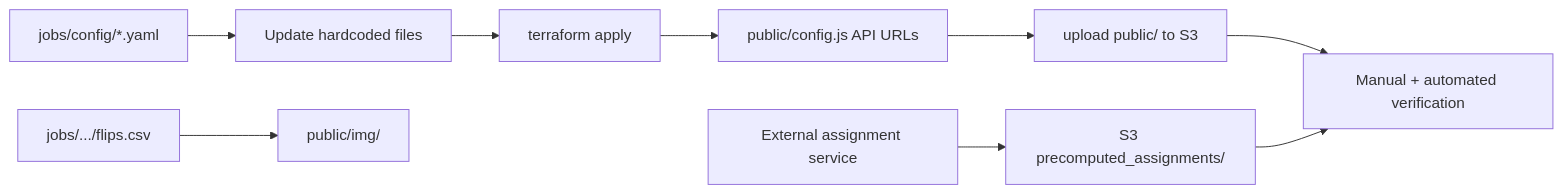
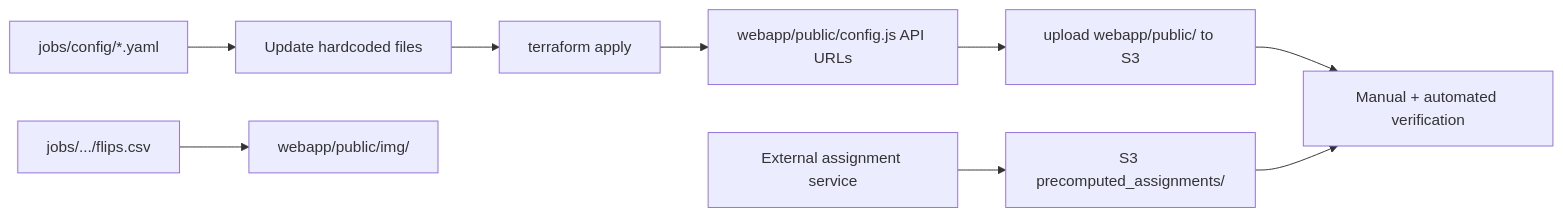
One commit to METResearchGroup/mirrorView-task changed the diagram in docs/runbooks/SETTING_UP_A_NEW_DATA_COLLECTION_RUN.md. Above: the diagram before and after it, drawn with Mermaid. The commit also changed other lines of this file and 111 other files, not shown here.

````diff
--- a/docs/runbooks/SETTING_UP_A_NEW_DATA_COLLECTION_RUN.md
+++ b/docs/runbooks/SETTING_UP_A_NEW_DATA_COLLECTION_RUN.md
@@ -28,11 +28,11 @@
 ```mermaid
 flowchart LR
   YAML["jobs/config/*.yaml"] --> Code["Update hardcoded files"]
-  Stimuli["jobs/.../flips.csv"] --> Public["public/img/"]
+  Stimuli["jobs/.../flips.csv"] --> Public["webapp/public/img/"]
   Code --> TF["terraform apply"]
-  TF --> ConfigJS["public/config.js API URLs"]
-  ConfigJS --> S3["upload public/ to S3"]
+  TF --> ConfigJS["webapp/public/config.js API URLs"]
+  ConfigJS --> S3["upload webapp/public/ to S3"]
   Assign["External assignment service"] --> S3Assign["S3 precomputed_assignments/"]
   S3 --> Verify["Manual + automated verification"]
   S3Assign --> Verify
 ```
````
